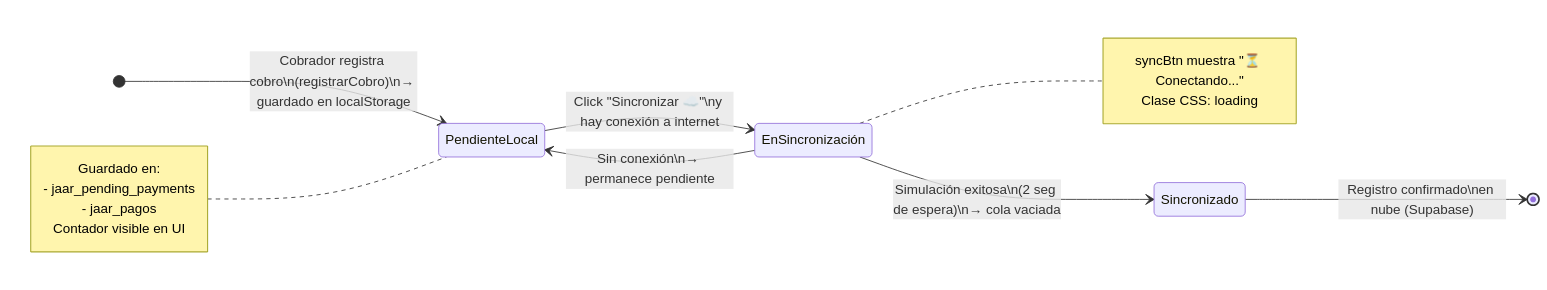
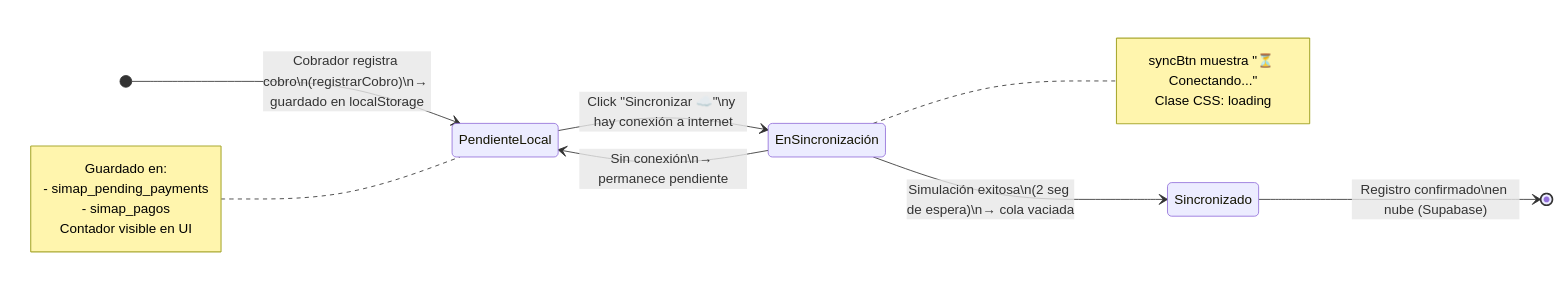
The fourth of 10 diagrams in docs/diagrama_estados.md (AdriP-maker/JAAR_Antigravity), drawn with Mermaid before and after one commit. The commit also changed other lines of this file and 70 other files, not shown here.

````diff
--- a/docs/diagrama_estados.md
+++ b/docs/diagrama_estados.md
@@ -101,23 +101,23 @@
 ```mermaid
 stateDiagram-v2
     direction LR
     [*] --> PendienteLocal : Cobrador registra cobro\n(registrarCobro)\n→ guardado en localStorage
 
     PendienteLocal --> EnSincronización : Click "Sincronizar ☁️"\ny hay conexión a internet
 
     EnSincronización --> Sincronizado : Simulación exitosa\n(2 seg de espera)\n→ cola vaciada
     EnSincronización --> PendienteLocal : Sin conexión\n→ permanece pendiente
 
     Sincronizado --> [*] : Registro confirmado\nen nube (Supabase)
 
     note left of PendienteLocal
         Guardado en:
-        - jaar_pending_payments
-        - jaar_pagos
+        - simap_pending_payments
+        - simap_pagos
         Contador visible en UI
     end note
     note right of EnSincronización
         syncBtn muestra "⏳ Conectando..."
         Clase CSS: loading
     end note
 ```
````
